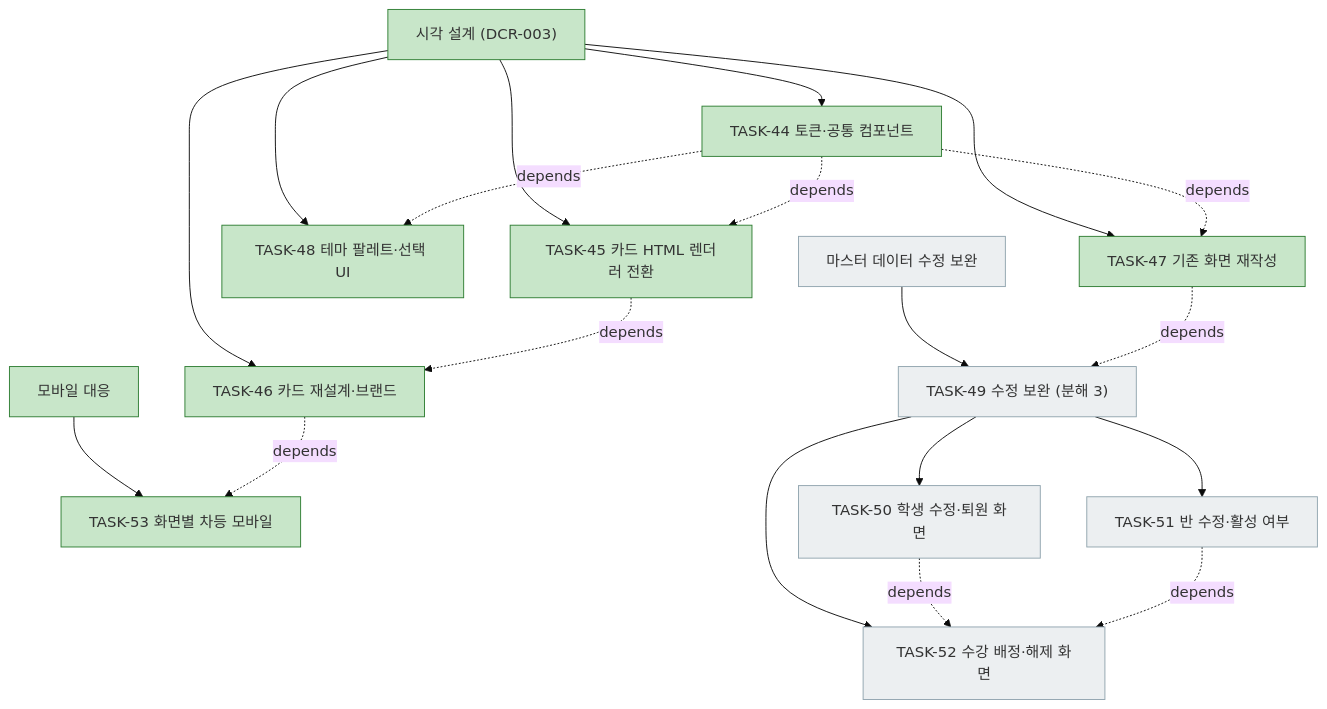
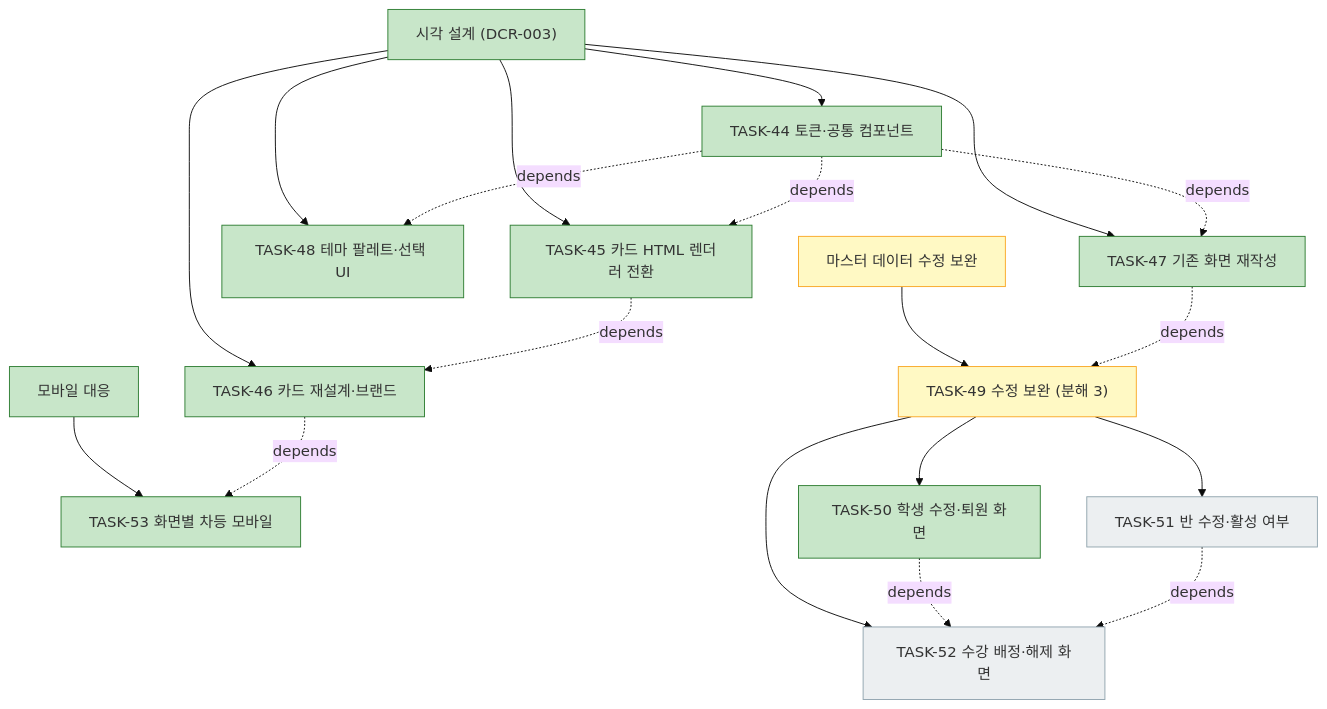
The fourth of 4 diagrams in docs/plan.md (bluesky5008/mathdesk), drawn with Mermaid (base theme) before and after one commit. The commit also changed other lines of this file and 5 other files, not shown here.

````diff
--- a/docs/plan.md
+++ b/docs/plan.md
@@ -223,27 +223,27 @@
 ```mermaid
 flowchart TD
     V["시각 설계 (DCR-003)"]:::done
     V --> T44["TASK-44 토큰·공통 컴포넌트"]:::done
     V --> T47["TASK-47 기존 화면 재작성"]:::done
     V --> T48["TASK-48 테마 팔레트·선택 UI"]:::done
     V --> T45["TASK-45 카드 HTML 렌더러 전환"]:::done
     V --> T46["TASK-46 카드 재설계·브랜드"]:::done
     MO["모바일 대응"]:::done
     MO --> T53["TASK-53 화면별 차등 모바일"]:::done
     T46 -. depends .-> T53
-    M["마스터 데이터 수정 보완"]:::todo
-    M --> T49["TASK-49 수정 보완 (분해 3)"]:::todo
-    T49 --> T50["TASK-50 학생 수정·퇴원 화면"]:::todo
+    M["마스터 데이터 수정 보완"]:::active
+    M --> T49["TASK-49 수정 보완 (분해 3)"]:::active
+    T49 --> T50["TASK-50 학생 수정·퇴원 화면"]:::done
     T49 --> T51["TASK-51 반 수정·활성 여부"]:::todo
     T49 --> T52["TASK-52 수강 배정·해제 화면"]:::todo
     T44 -. depends .-> T47
     T44 -. depends .-> T48
     T44 -. depends .-> T45
     T45 -. depends .-> T46
     T47 -. depends .-> T49
     T50 -. depends .-> T52
     T51 -. depends .-> T52
     classDef done fill:#c8e6c9,stroke:#2e7d32
     classDef active fill:#fff9c4,stroke:#f9a825
     classDef todo fill:#eceff1,stroke:#90a4ae
 ```
````
